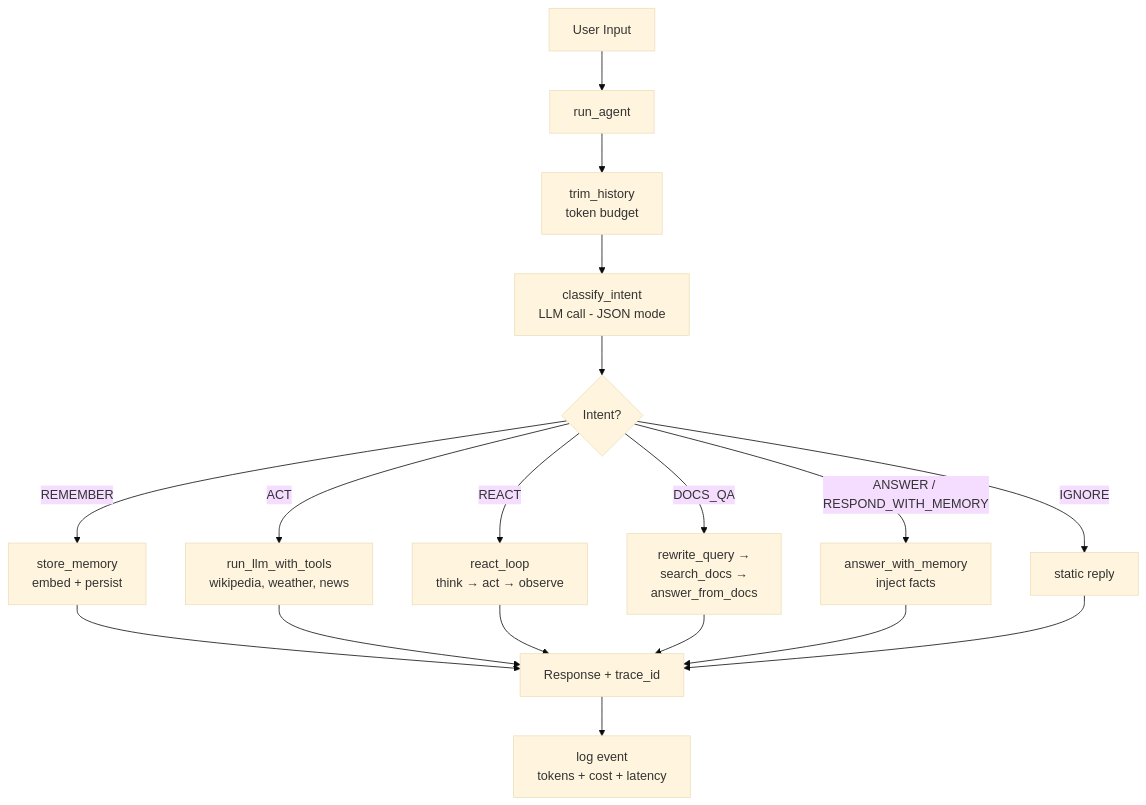
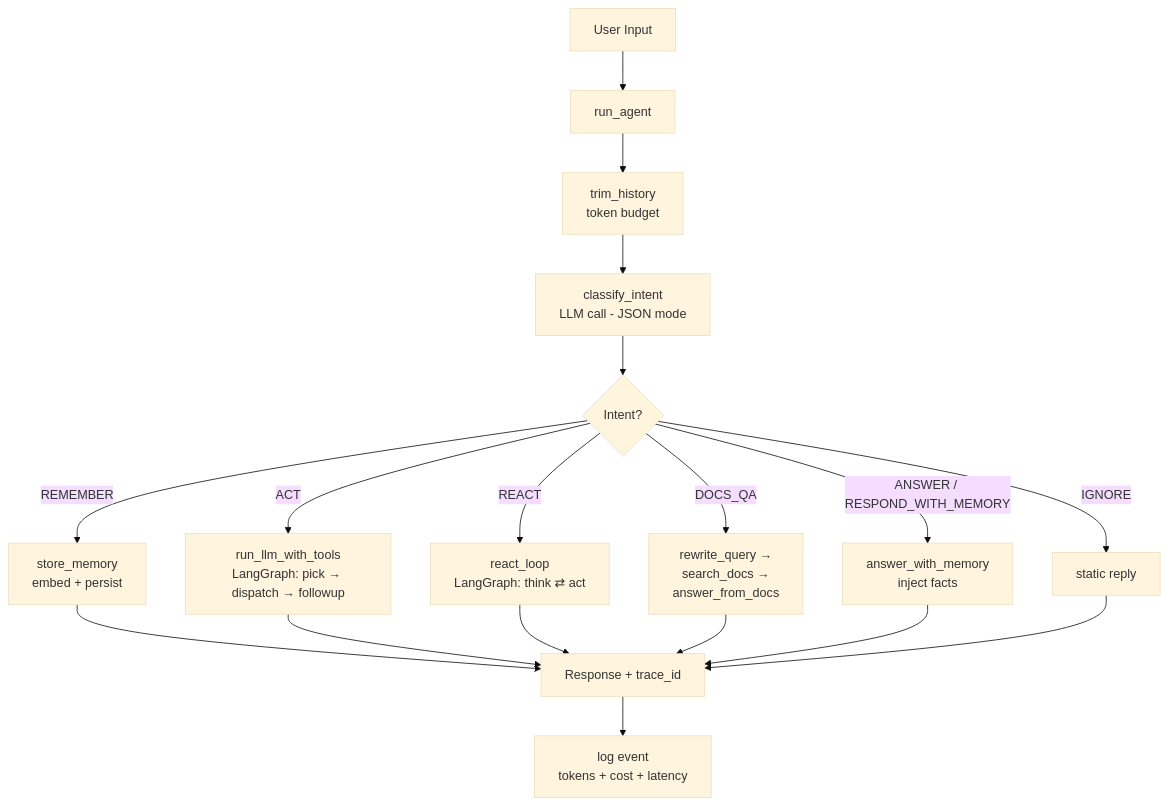
Before and after one commit to sk-20231/agentforge: the diagram in README.md, drawn with Mermaid (base theme). The commit also changed other lines of this file, not shown here.

First line of the commit message:
docs(readme): reflect the LangGraph pipelines and the current module tree (#54)

````diff
--- a/README.md
+++ b/README.md
@@ -47,20 +47,20 @@
 ```mermaid
 flowchart TD
     A[User Input] --> B[run_agent]
     B --> C[trim_history<br/>token budget]
     C --> D[classify_intent<br/>LLM call - JSON mode]
     D --> E{Intent?}
     E -->|REMEMBER| F[store_memory<br/>embed + persist]
-    E -->|ACT| G[run_llm_with_tools<br/>wikipedia, weather, news]
-    E -->|REACT| H[react_loop<br/>think → act → observe]
+    E -->|ACT| G[run_llm_with_tools<br/>LangGraph: pick → dispatch → followup]
+    E -->|REACT| H[react_loop<br/>LangGraph: think ⇄ act]
     E -->|DOCS_QA| I[rewrite_query →<br/>search_docs →<br/>answer_from_docs]
     E -->|ANSWER / RESPOND_WITH_MEMORY| J[answer_with_memory<br/>inject facts]
     E -->|IGNORE| K[static reply]
     F --> L[Response + trace_id]
     G --> L
     H --> L
     I --> L
     J --> L
     K --> L
     L --> M[log event<br/>tokens + cost + latency]
 ```
````
